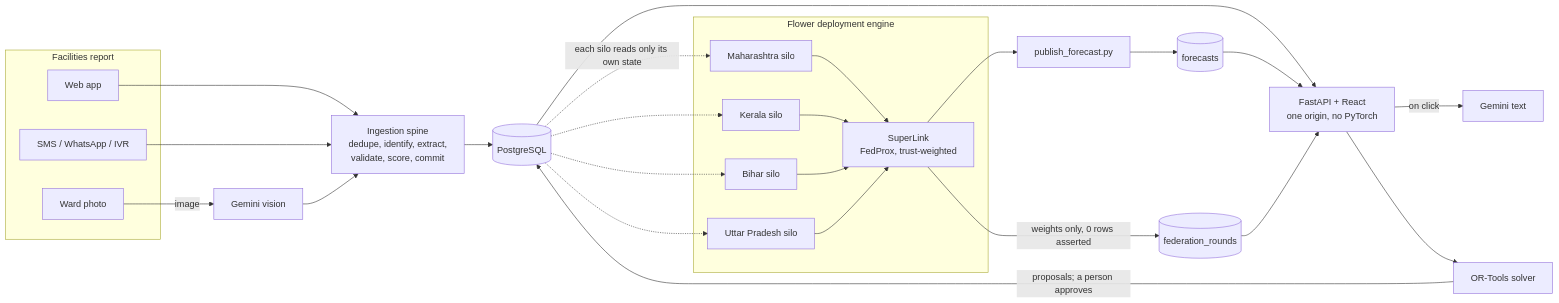
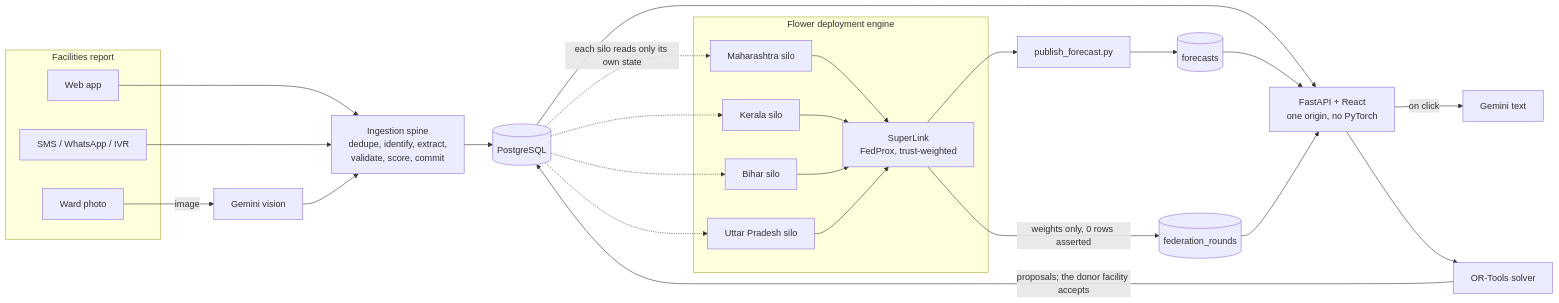
The diagram in README.md (AdityaChandel11/LESSGOO), drawn with Mermaid before and after one commit. The commit also changed other lines of this file and 18 other files, not shown here.

````diff
--- a/README.md
+++ b/README.md
@@ -157,41 +161,41 @@
 ```mermaid
 flowchart LR
     subgraph IN["Facilities report"]
         WEB["Web app"]
         SMS["SMS / WhatsApp / IVR"]
         PHOTO["Ward photo"]
     end
 
     PHOTO -->|image| GV["Gemini vision"]
     WEB --> SPINE["Ingestion spine<br/>dedupe, identify, extract,<br/>validate, score, commit"]
     SMS --> SPINE
     GV --> SPINE
     SPINE --> DB[("PostgreSQL")]
 
     subgraph FL["Flower deployment engine"]
         LINK["SuperLink<br/>FedProx, trust-weighted"]
         MH["Maharashtra silo"]
         KL["Kerala silo"]
         BR["Bihar silo"]
         UP["Uttar Pradesh silo"]
         MH --> LINK
         KL --> LINK
         BR --> LINK
         UP --> LINK
     end
 
     DB -.->|"each silo reads only its own state"| MH
     DB -.-> KL
     DB -.-> BR
     DB -.-> UP
     LINK -->|"weights only, 0 rows asserted"| ROUNDS[("federation_rounds")]
     LINK --> PUB["publish_forecast.py"]
     PUB --> FC[("forecasts")]
 
     DB --> API["FastAPI + React<br/>one origin, no PyTorch"]
     FC --> API
     ROUNDS --> API
     API -->|on click| GT["Gemini text"]
     API --> OR["OR-Tools solver"]
-    OR -->|"proposals; a person approves"| DB
+    OR -->|"proposals; the donor facility accepts"| DB
 ```
````
